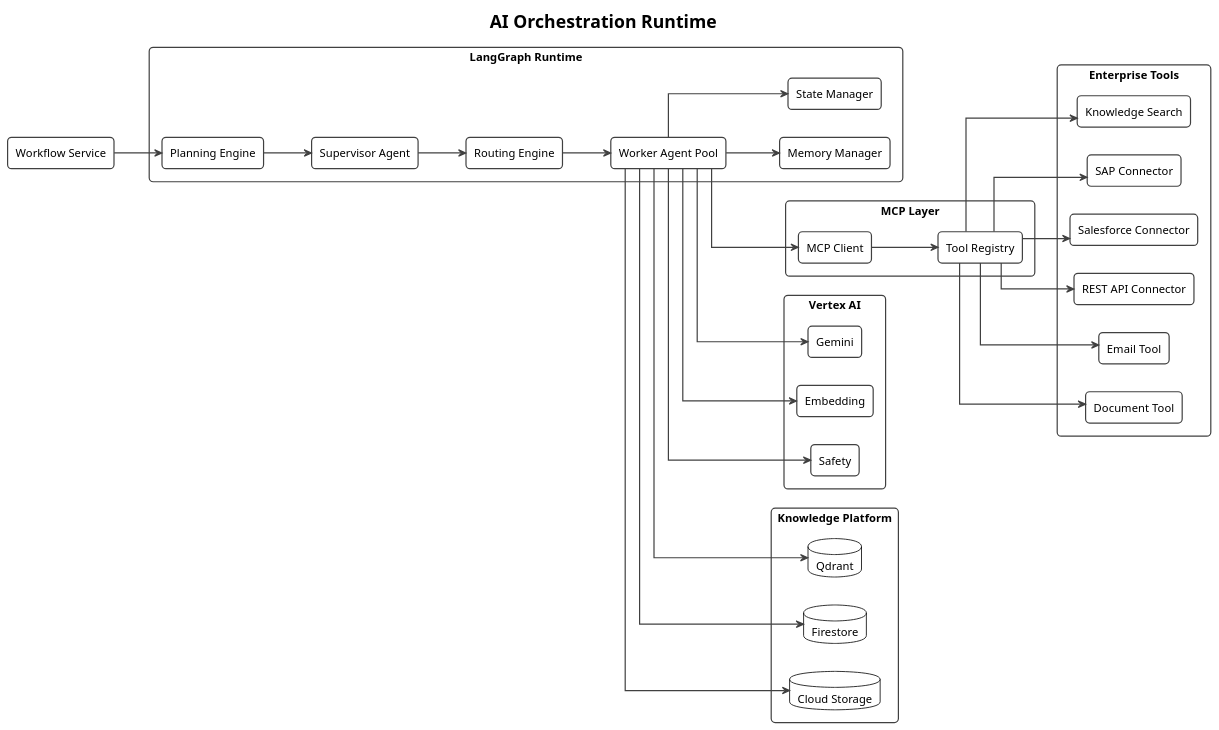
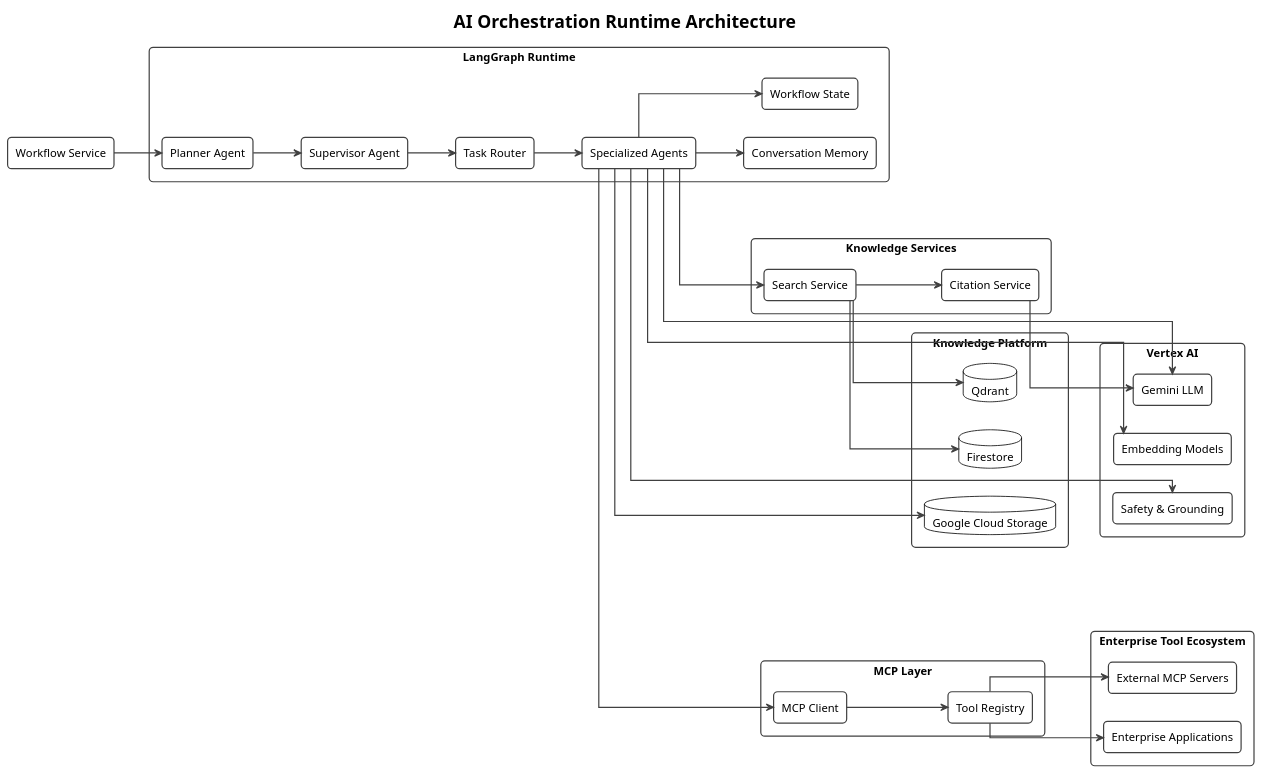
Before and after one commit to pjagdaley/enterprise-ai-orchestration-platform: the diagram in docs/diagrams/c4/03-agent-runtime-architecture.puml, drawn with PlantUML. The commit also changed 209 other files, not shown here.

Commit message:
Version-1 Architecture

```diff
--- a/docs/diagrams/c4/03-agent-runtime-architecture.puml
+++ b/docs/diagrams/c4/03-agent-runtime-architecture.puml
@@ -1,163 +1,165 @@
 @startuml
 
 '==============================================================================
 ' Enterprise AI Orchestration Platform
-' Agent Runtime Architecture
+' AI Orchestration Runtime Architecture
 '==============================================================================
 
 !theme plain
 
 title Enterprise AI Orchestration Platform
-title AI Orchestration Runtime
+title AI Orchestration Runtime Architecture
 
 left to right direction
 
 skinparam backgroundColor white
 skinparam shadowing false
 skinparam linetype ortho
 skinparam packageStyle rectangle
 
 skinparam defaultFontName Segoe UI
 skinparam defaultFontSize 14
 
 skinparam RectangleBorderColor #404040
 skinparam RectangleBorderThickness 1.5
 skinparam RectangleRoundCorner 10
 
 skinparam PackageBorderColor #404040
 skinparam PackageBorderThickness 2
 
 skinparam ArrowThickness 1.5
 skinparam ArrowColor #404040
 
 '==============================================================================
 ' ENTRY POINT
 '==============================================================================
 
 rectangle "Workflow Service" as Workflow
 
 '==============================================================================
-' LANGGRAPH
+' LANGGRAPH RUNTIME
 '==============================================================================
 
 package "LangGraph Runtime" {
 
-rectangle "Planning Engine" as Planner
+rectangle "Planner Agent" as Planner
 
 rectangle "Supervisor Agent" as Supervisor
 
-rectangle "Worker Agent Pool" as Workers
+rectangle "Task Router" as Router
 
-rectangle "Memory Manager" as Memory
+rectangle "Specialized Agents" as Agents
 
-rectangle "Routing Engine" as Router
+rectangle "Conversation Memory" as Memory
 
-rectangle "State Manager" as State
+rectangle "Workflow State" as State
+
+}
+
+'==============================================================================
+' KNOWLEDGE SERVICES
+'==============================================================================
+
+package "Knowledge Services" {
+
+rectangle "Search Service" as Search
+
+rectangle "Citation Service" as Citation
 
 }
 
 '==============================================================================
 ' MCP
 '==============================================================================
 
 package "MCP Layer" {
 
 rectangle "MCP Client" as MCP
 
 rectangle "Tool Registry" as Registry
 
 }
 
 '==============================================================================
-' TOOLS
+' EXTERNAL TOOLS
 '==============================================================================
 
-package "Enterprise Tools" {
+package "Enterprise Tool Ecosystem" {
 
-rectangle "Knowledge Search"
+rectangle "External MCP Servers" as MCPServers
 
-rectangle "SAP Connector"
-
-rectangle "Salesforce Connector"
-
-rectangle "REST API Connector"
-
-rectangle "Email Tool"
-
-rectangle "Document Tool"
+rectangle "Enterprise Applications" as EnterpriseApps
 
 }
 
 '==============================================================================
 ' AI SERVICES
 '==============================================================================
 
 package "Vertex AI" {
 
-rectangle "Gemini"
+rectangle "Gemini LLM" as Gemini
 
-rectangle "Embedding"
+rectangle "Embedding Models" as Embedding
 
-rectangle "Safety"
+rectangle "Safety & Grounding" as Safety
 
 }
 
 '==============================================================================
-' KNOWLEDGE
+' KNOWLEDGE PLATFORM
 '==============================================================================
 
 package "Knowledge Platform" {
 
-database "Qdrant"
+database "Qdrant" as Qdrant
 
-database "Firestore"
+database "Firestore" as Firestore
 
-database "Cloud Storage"
+database "Google Cloud Storage" as GCS
 
 }
 
 '==============================================================================
 ' FLOW
 '==============================================================================
 
 Workflow --> Planner
 
 Planner --> Supervisor
 
 Supervisor --> Router
 
-Router --> Workers
+Router --> Agents
 
-Workers --> Memory
+Agents --> Memory
 
-Workers --> State
+Agents --> State
 
-Workers --> Gemini
+Agents --> Gemini
 
-Workers --> Embedding
+Agents --> Embedding
 
-Workers --> Safety
+Agents --> Safety
 
-Workers --> MCP
+Agents --> Search
+
+Search --> Qdrant
+
+Search --> Firestore
+
+Search --> Citation
+
+Citation --> Gemini
+
+Agents --> MCP
 
 MCP --> Registry
 
-Registry --> "Knowledge Search"
+Registry --> MCPServers
 
-Registry --> "SAP Connector"
+Registry --> EnterpriseApps
 
-Registry --> "Salesforce Connector"
-
-Registry --> "REST API Connector"
-
-Registry --> "Email Tool"
-
-Registry --> "Document Tool"
-
-Workers --> Qdrant
-
-Workers --> Firestore
-
-Workers --> "Cloud Storage"
+Agents --> GCS
 
 @enduml
```
